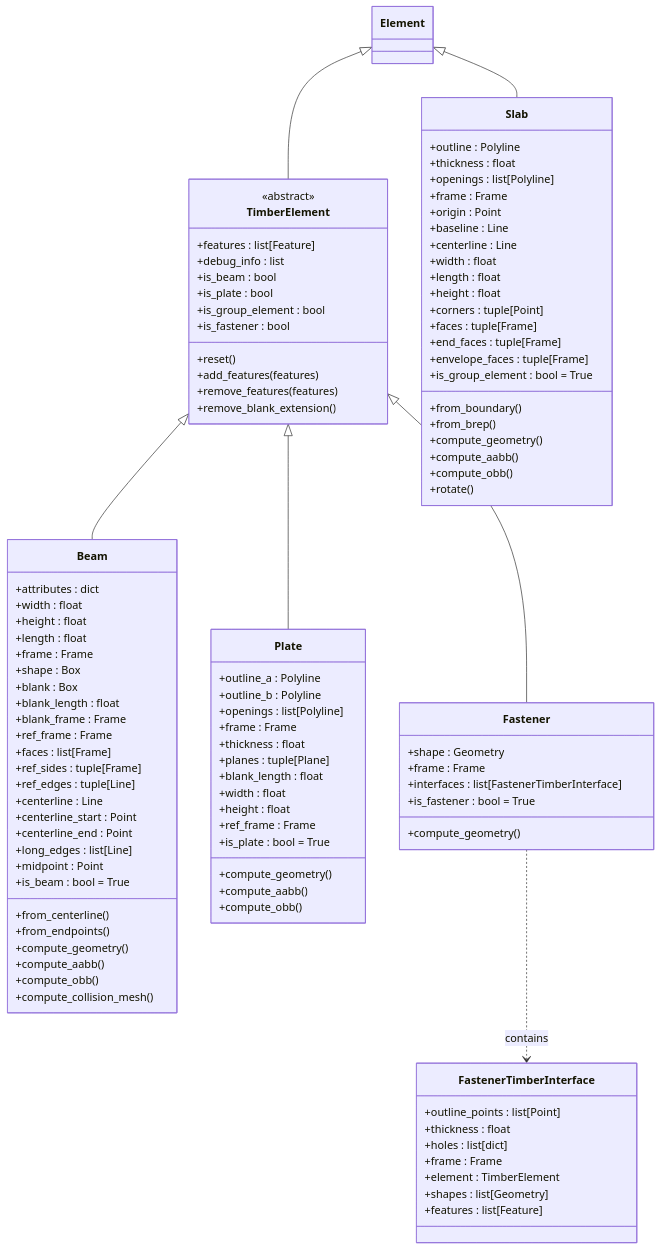
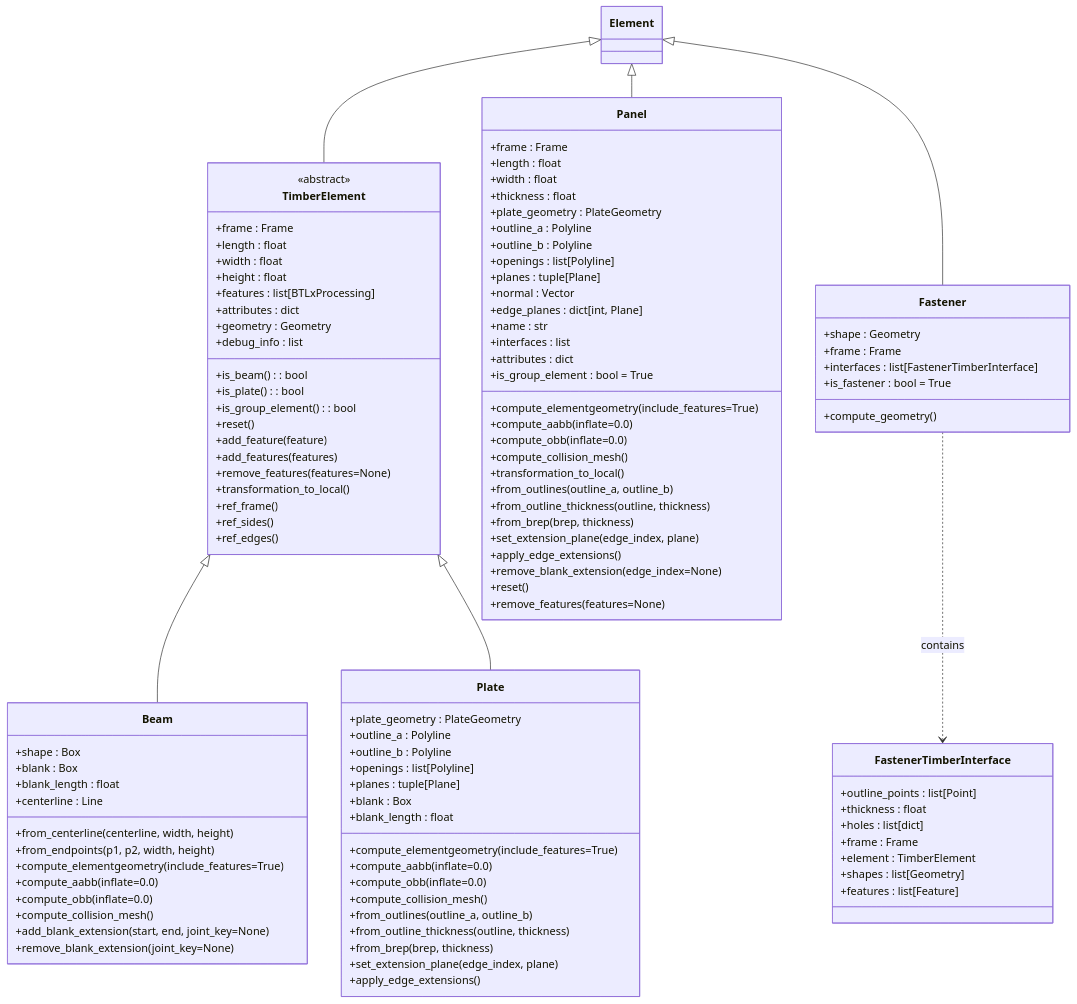
One commit to gramaziokohler/compas_timber changed the first of 4 diagrams in docs/contribution/class_diagrams.rst. Above: the diagram before and after it, drawn with Mermaid. The commit also changed other lines of this file and 1 other file, not shown here.

Commit message:
updated class_diagrams

```diff
--- a/docs/contribution/class_diagrams.rst
+++ b/docs/contribution/class_diagrams.rst
@@ -19,85 +19,90 @@
 
       class TimberElement {
          <<abstract>>
-         +features : list[Feature]
+         +frame : Frame
+         +length : float
+         +width : float
+         +height : float
+         +features : list[BTLxProcessing]
+         +attributes : dict
+         +geometry : Geometry
          +debug_info : list
-         +is_beam : bool
-         +is_plate : bool
-         +is_group_element : bool
-         +is_fastener : bool
+         +is_beam() : bool
+         +is_plate() : bool
+         +is_group_element() : bool
          +reset()
+         +add_feature(feature)
          +add_features(features)
-         +remove_features(features)
-         +remove_blank_extension()
+         +remove_features(features=None)
+         +transformation_to_local()
+         +ref_frame()
+         +ref_sides()
+         +ref_edges()
       }
 
       class Beam {
-         +attributes : dict
-         +width : float
-         +height : float
-         +length : float
-         +frame : Frame
          +shape : Box
          +blank : Box
          +blank_length : float
-         +blank_frame : Frame
-         +ref_frame : Frame
-         +faces : list[Frame]
-         +ref_sides : tuple[Frame]
-         +ref_edges : tuple[Line]
          +centerline : Line
-         +centerline_start : Point
-         +centerline_end : Point
-         +long_edges : list[Line]
-         +midpoint : Point
-         +is_beam : bool = True
-         +from_centerline()
-         +from_endpoints()
-         +compute_geometry()
-         +compute_aabb()
-         +compute_obb()
+         +from_centerline(centerline, width, height)
+         +from_endpoints(p1, p2, width, height)
+         +compute_elementgeometry(include_features=True)
+         +compute_aabb(inflate=0.0)
+         +compute_obb(inflate=0.0)
          +compute_collision_mesh()
+         +add_blank_extension(start, end, joint_key=None)
+         +remove_blank_extension(joint_key=None)
       }
 
       class Plate {
+         +plate_geometry : PlateGeometry
          +outline_a : Polyline
          +outline_b : Polyline
          +openings : list[Polyline]
-         +frame : Frame
-         +thickness : float
          +planes : tuple[Plane]
+         +blank : Box
          +blank_length : float
-         +width : float
-         +height : float
-         +ref_frame : Frame
-         +is_plate : bool = True
-         +compute_geometry()
-         +compute_aabb()
-         +compute_obb()
+         +compute_elementgeometry(include_features=True)
+         +compute_aabb(inflate=0.0)
+         +compute_obb(inflate=0.0)
+         +compute_collision_mesh()
+         +from_outlines(outline_a, outline_b)
+         +from_outline_thickness(outline, thickness)
+         +from_brep(brep, thickness)
+         +set_extension_plane(edge_index, plane)
+         +apply_edge_extensions()
       }
 
-      class Slab {
-         +outline : Polyline
+      class Panel {
+         +frame : Frame
+         +length : float
+         +width : float
          +thickness : float
+         +plate_geometry : PlateGeometry
+         +outline_a : Polyline
+         +outline_b : Polyline
          +openings : list[Polyline]
-         +frame : Frame
-         +origin : Point
-         +baseline : Line
-         +centerline : Line
-         +width : float
-         +length : float
-         +height : float
-         +corners : tuple[Point]
-         +faces : tuple[Frame]
-         +end_faces : tuple[Frame]
-         +envelope_faces : tuple[Frame]
+         +planes : tuple[Plane]
+         +normal : Vector
+         +edge_planes : dict[int, Plane]
+         +name : str
+         +interfaces : list
+         +attributes : dict
          +is_group_element : bool = True
-         +from_boundary()
-         +from_brep()
-         +compute_geometry()
-         +compute_aabb()
-         +compute_obb()
-         +rotate()
+         +compute_elementgeometry(include_features=True)
+         +compute_aabb(inflate=0.0)
+         +compute_obb(inflate=0.0)
+         +compute_collision_mesh()
+         +transformation_to_local()
+         +from_outlines(outline_a, outline_b)
+         +from_outline_thickness(outline, thickness)
+         +from_brep(brep, thickness)
+         +set_extension_plane(edge_index, plane)
+         +apply_edge_extensions()
+         +remove_blank_extension(edge_index=None)
+         +reset()
+         +remove_features(features=None)
       }
 
 
@@ -124,8 +129,8 @@
       Element <|-- TimberElement
       TimberElement <|-- Beam
       TimberElement <|-- Plate
-      Element <|-- Slab
-      TimberElement <|-- Fastener
+      Element <|-- Panel
+      Element <|-- Fastener
 
       %% Composition relationships
       Fastener ..> FastenerTimberInterface : contains
```
